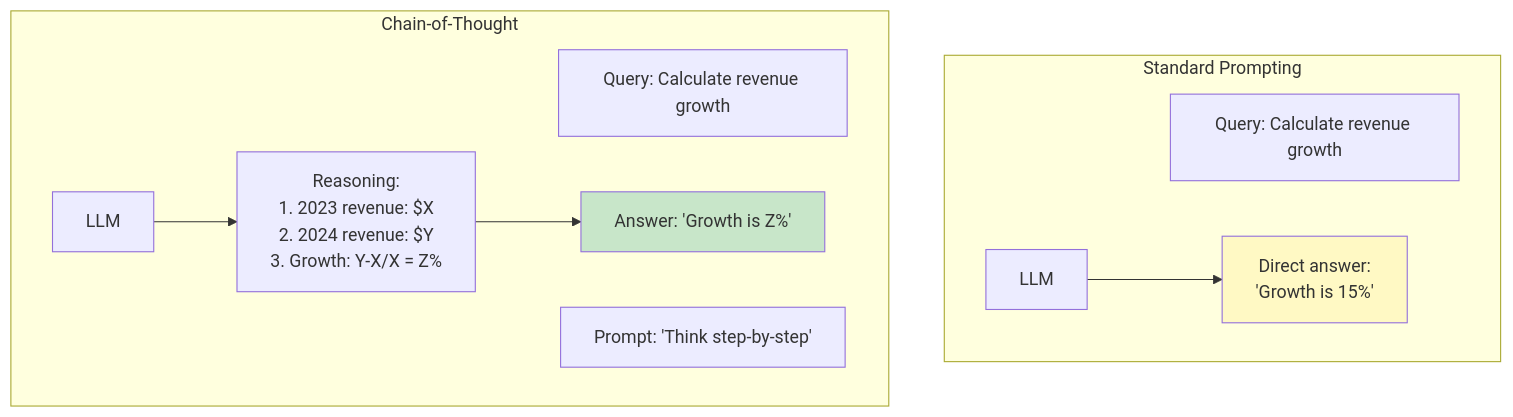
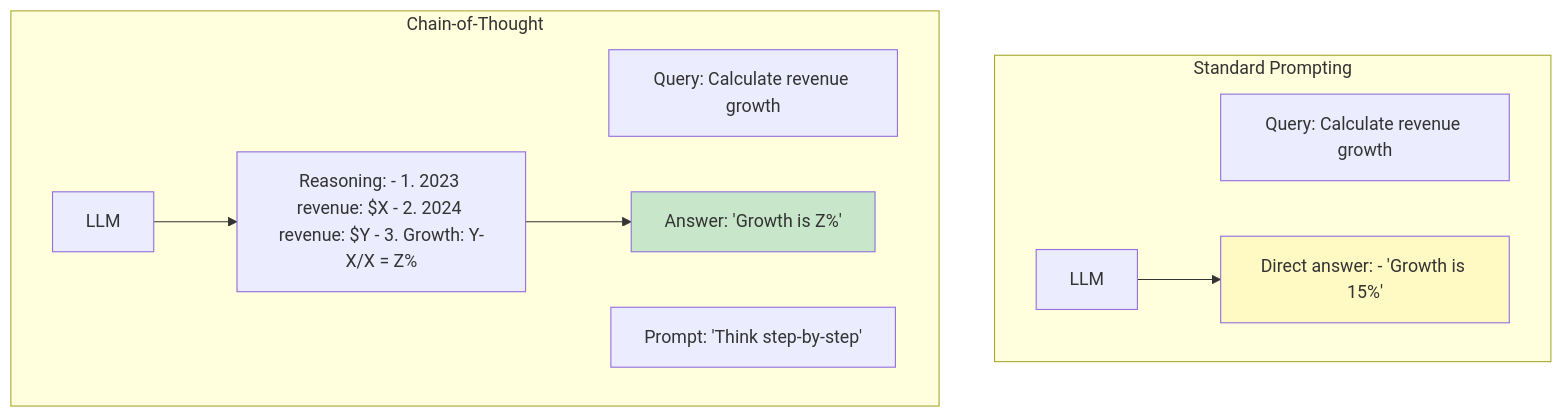
One commit to indhra/llm_rag_sec_findings changed the fifth of 6 diagrams in docs/learning/06-prompt-engineering.md. Above: the diagram before and after it, drawn with Mermaid. The commit also changed other lines of this file and 9 other files, not shown here.

````diff
--- a/docs/learning/06-prompt-engineering.md
+++ b/docs/learning/06-prompt-engineering.md
@@ -390,17 +390,17 @@
 ```mermaid
 graph TB
     subgraph "Standard Prompting"
         Q1[Query: Calculate revenue growth]
-        L1[LLM] --> A1[Direct answer:<br/>'Growth is 15%']
+        L1[LLM] --> A1[Direct answer: - 'Growth is 15%']
     end
     
     subgraph "Chain-of-Thought"
         Q2[Query: Calculate revenue growth]
         COT[Prompt: 'Think step-by-step']
-        L2[LLM] --> R[Reasoning:<br/>1. 2023 revenue: $X<br/>2. 2024 revenue: $Y<br/>3. Growth: Y-X/X = Z%]
+        L2[LLM] --> R[Reasoning: - 1. 2023 revenue: $X - 2. 2024 revenue: $Y - 3. Growth: Y-X/X = Z%]
         R --> A2[Answer: 'Growth is Z%']
     end
     
     style A1 fill:#fff9c4
     style A2 fill:#c8e6c9
 ```
````
